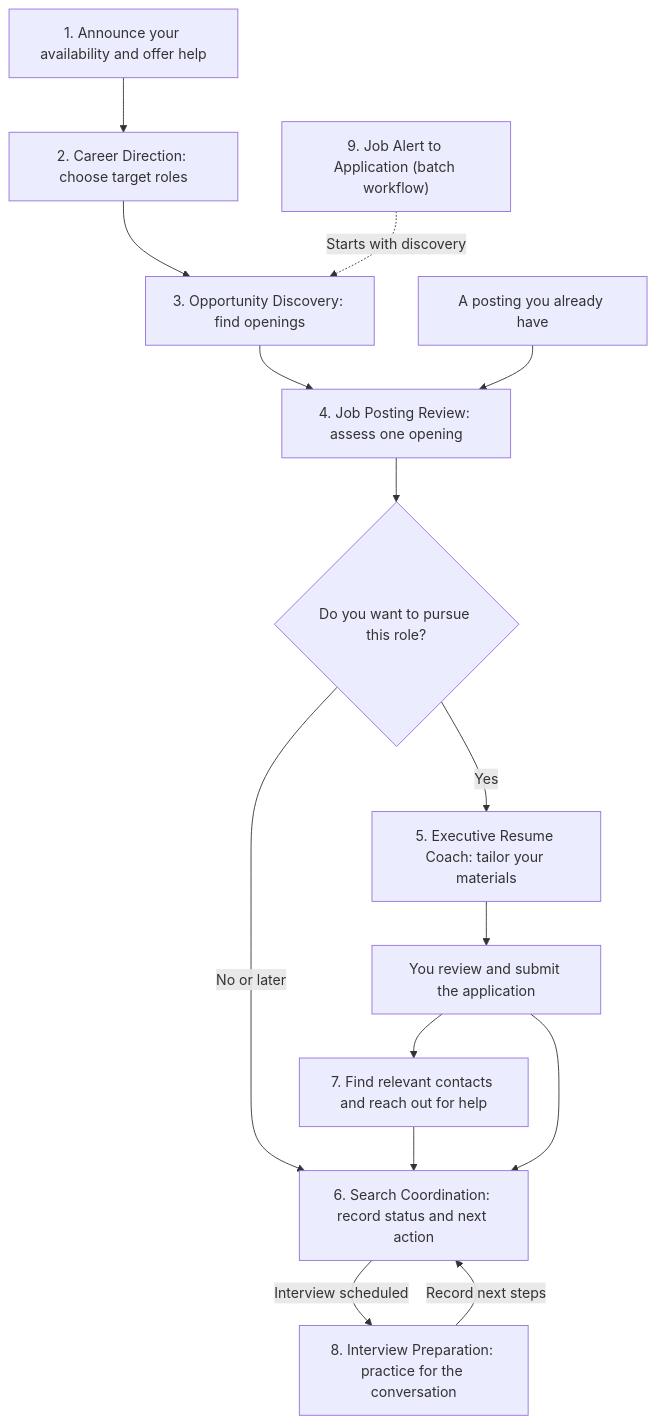
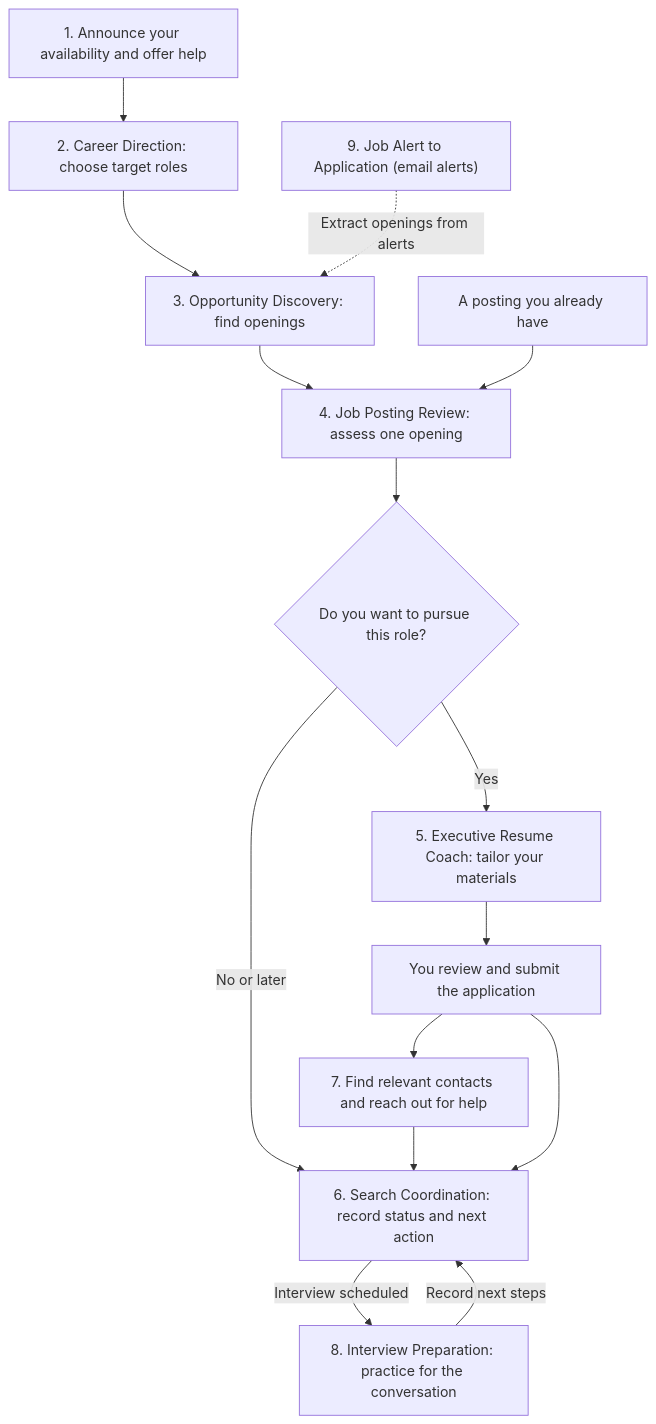
One commit to tafell/Career-Job-Search changed the diagram in guides/WORKFLOWS.md. Above: the diagram before and after it, drawn with Mermaid. The commit also changed other lines of this file, not shown here.

Commit message:
Show where email job alerts enter the workflow

````diff
--- a/guides/WORKFLOWS.md
+++ b/guides/WORKFLOWS.md
@@ -9,17 +9,17 @@
 ```mermaid
 flowchart TD
     announce["1. Announce your availability and offer help"] --> direction["2. Career Direction: choose target roles"]
     direction --> discover["3. Opportunity Discovery: find openings"]
     discover --> review["4. Job Posting Review: assess one opening"]
-    batch["9. Job Alert to Application (batch workflow)"] -.->|Starts with discovery| discover
+    batch["9. Job Alert to Application (email alerts)"] -.->|Extract openings from alerts| discover
     posting["A posting you already have"] --> review
     review --> decide{"Do you want to pursue this role?"}
     decide -->|Yes| materials["5. Executive Resume Coach: tailor your materials"]
     decide -->|No or later| track["6. Search Coordination: record status and next action"]
     materials --> submit["You review and submit the application"]
     submit --> outreach["7. Find relevant contacts and reach out for help"]
     outreach --> track
     submit --> track
     track -->|Interview scheduled| interview["8. Interview Preparation: practice for the conversation"]
     interview -->|Record next steps| track
 ```
````
